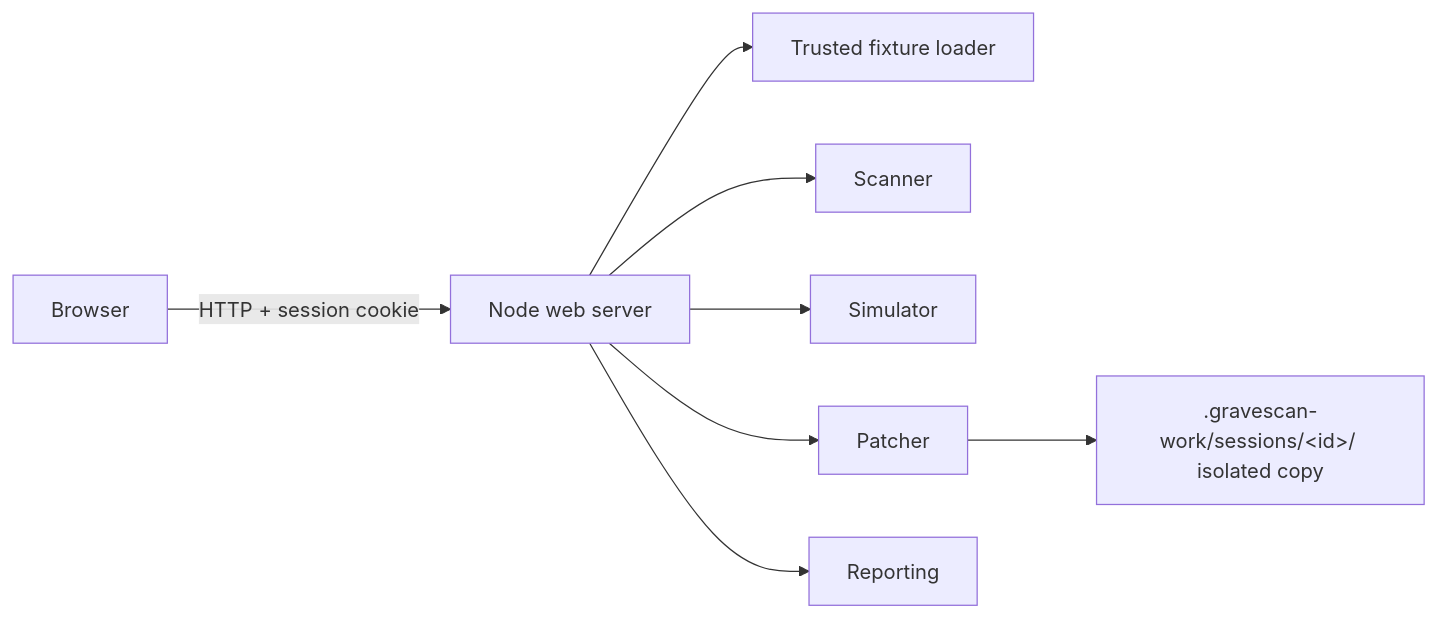
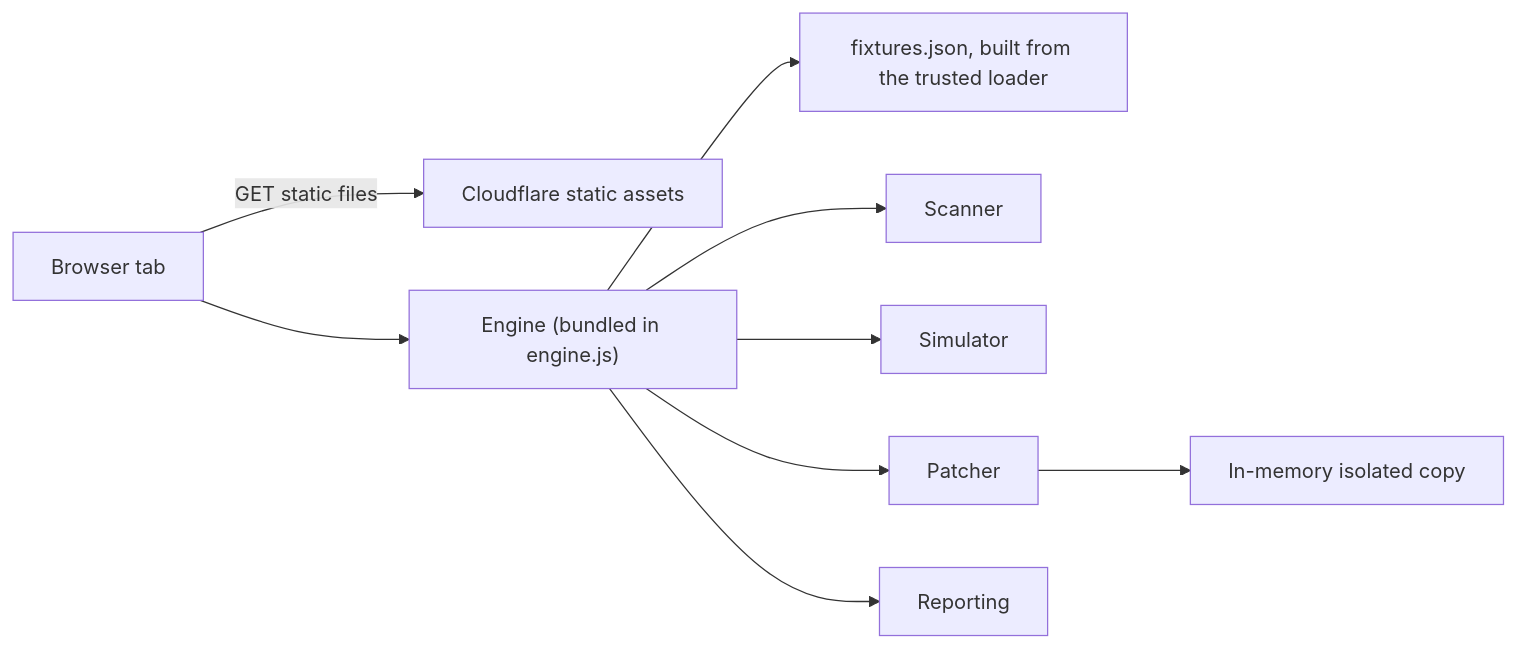
One commit to antonahmad-s/GraveScan changed the diagram in .kiro/specs/05-product-ui-demo-flow/design.md. Above: the diagram before and after it, drawn with Mermaid. The commit also changed other lines of this file and 7 other files, not shown here.

Commit message:
docs: record the static Cloudflare deployment and its threat model

````diff
--- a/.kiro/specs/05-product-ui-demo-flow/design.md
+++ b/.kiro/specs/05-product-ui-demo-flow/design.md
@@ -16,10 +15,11 @@
 ```mermaid
 flowchart LR
-  B[Browser] -->|HTTP + session cookie| W[Node web server]
-  W --> F[Trusted fixture loader]
-  W --> S[Scanner]
-  W --> R[Simulator]
-  W --> P[Patcher]
-  W --> X[Reporting]
-  P --> C[".gravescan-work/sessions/&lt;id&gt;/ isolated copy"]
+  B[Browser tab] -->|GET static files| CF[Cloudflare static assets]
+  B --> E["Engine (bundled in engine.js)"]
+  E --> F["fixtures.json, built from the trusted loader"]
+  E --> S[Scanner]
+  E --> R[Simulator]
+  E --> P[Patcher]
+  E --> X[Reporting]
+  P --> C[In-memory isolated copy]
 ```
````
